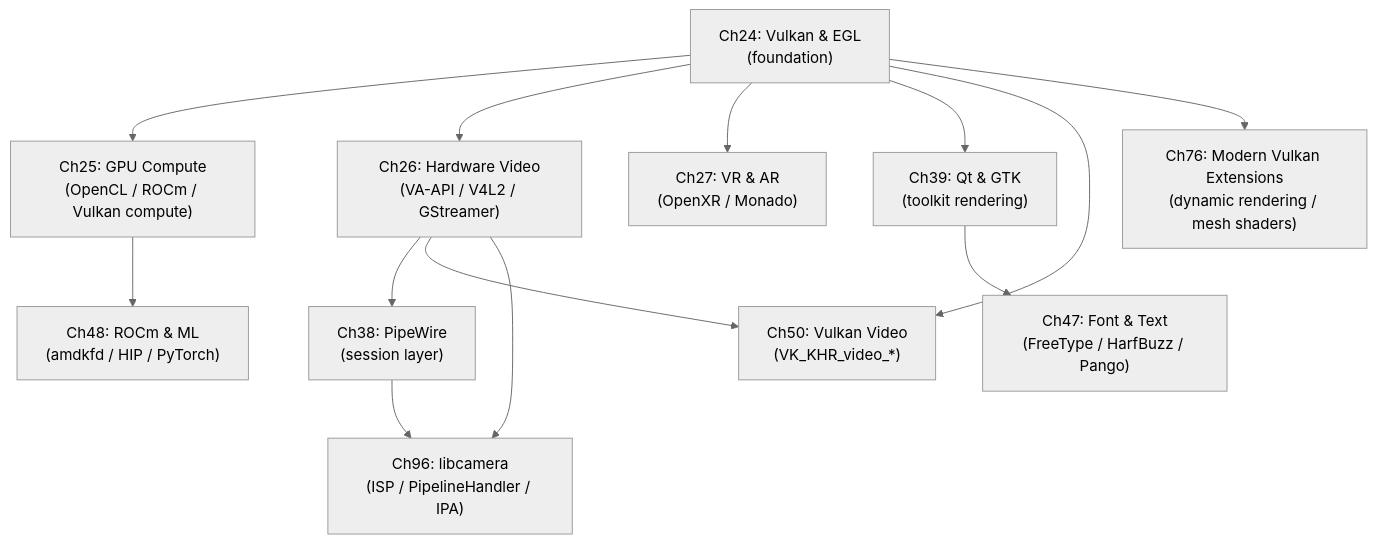
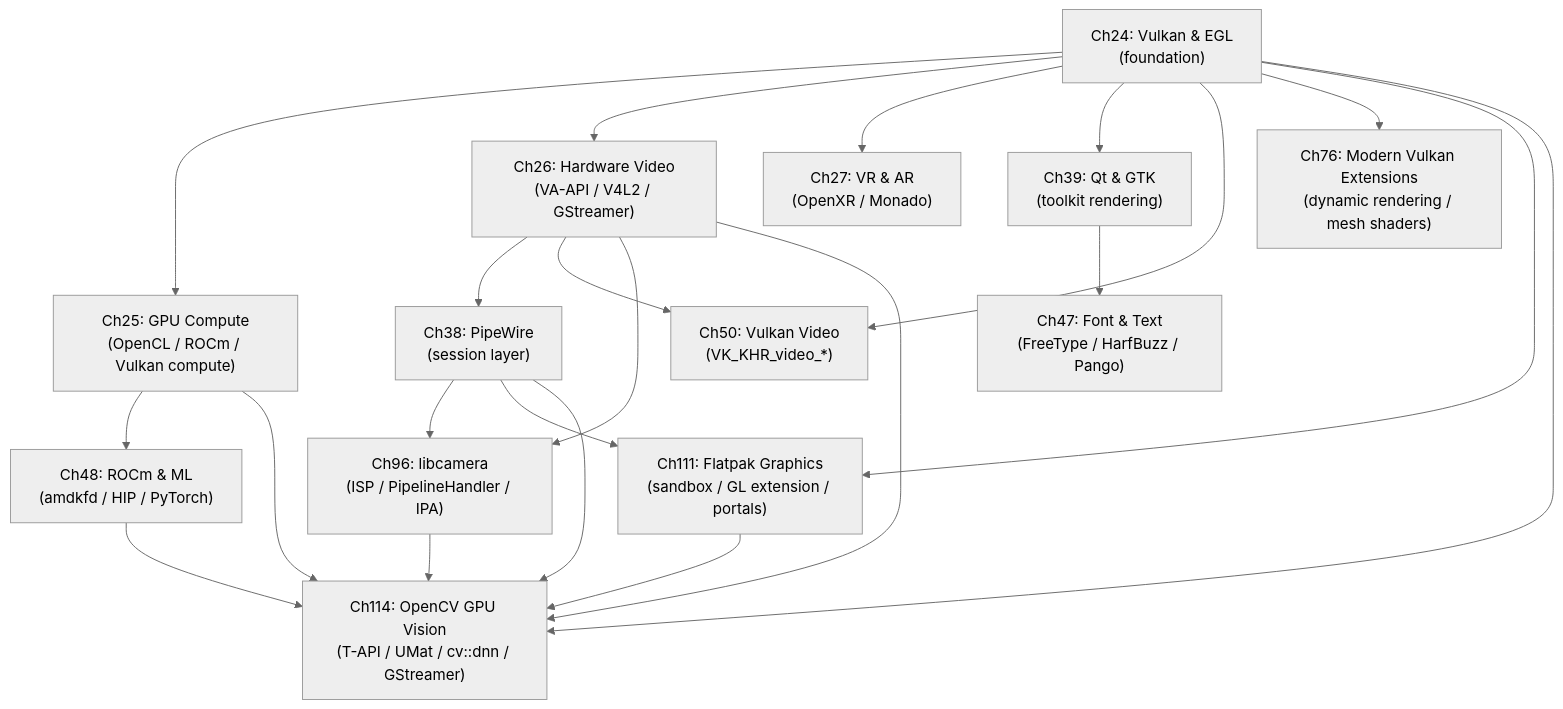
The diagram in chapters/part-07-application-apis-middleware/part-intro.md (jreuben11/linux-graphics-stack-book), drawn with Mermaid (neutral theme) before and after one commit. The commit also changed other lines of this file and 12 other files, not shown here.

````diff
--- a/chapters/part-07-application-apis-middleware/part-intro.md
+++ b/chapters/part-07-application-apis-middleware/part-intro.md
@@ -49,27 +57,38 @@
 ```mermaid
 graph TD
     Ch24["Ch24: Vulkan & EGL\n(foundation)"]
     Ch25["Ch25: GPU Compute\n(OpenCL / ROCm / Vulkan compute)"]
     Ch26["Ch26: Hardware Video\n(VA-API / V4L2 / GStreamer)"]
     Ch27["Ch27: VR & AR\n(OpenXR / Monado)"]
     Ch38["Ch38: PipeWire\n(session layer)"]
     Ch39["Ch39: Qt & GTK\n(toolkit rendering)"]
     Ch47["Ch47: Font & Text\n(FreeType / HarfBuzz / Pango)"]
     Ch48["Ch48: ROCm & ML\n(amdkfd / HIP / PyTorch)"]
     Ch50["Ch50: Vulkan Video\n(VK_KHR_video_*)"]
     Ch76["Ch76: Modern Vulkan Extensions\n(dynamic rendering / mesh shaders)"]
     Ch96["Ch96: libcamera\n(ISP / PipelineHandler / IPA)"]
+    Ch111["Ch111: Flatpak Graphics\n(sandbox / GL extension / portals)"]
+    Ch114["Ch114: OpenCV GPU Vision\n(T-API / UMat / cv::dnn / GStreamer)"]
 
     Ch24 --> Ch25
     Ch24 --> Ch26
     Ch24 --> Ch27
     Ch24 --> Ch39
     Ch24 --> Ch50
     Ch24 --> Ch76
+    Ch24 --> Ch111
+    Ch24 --> Ch114
     Ch25 --> Ch48
+    Ch25 --> Ch114
     Ch26 --> Ch38
     Ch26 --> Ch50
     Ch26 --> Ch96
+    Ch26 --> Ch114
     Ch38 --> Ch96
+    Ch38 --> Ch111
+    Ch38 --> Ch114
     Ch39 --> Ch47
+    Ch48 --> Ch114
+    Ch96 --> Ch114
+    Ch111 --> Ch114
 ```
````
